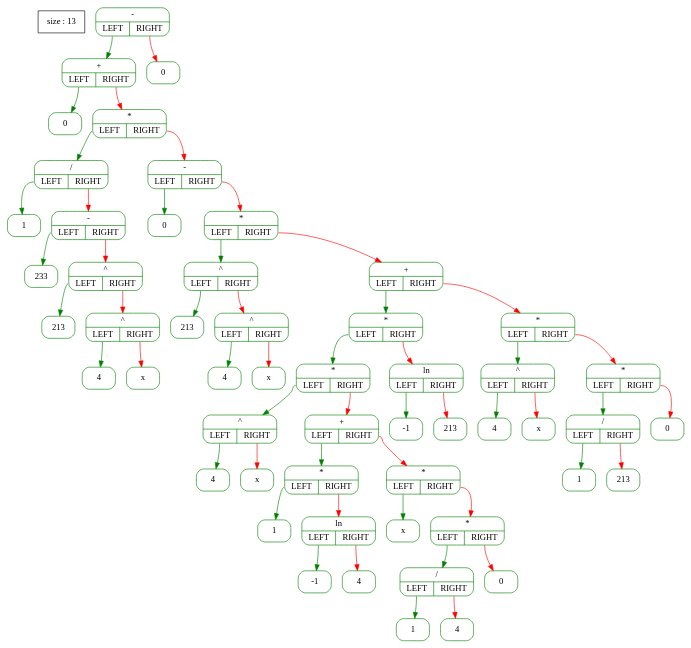
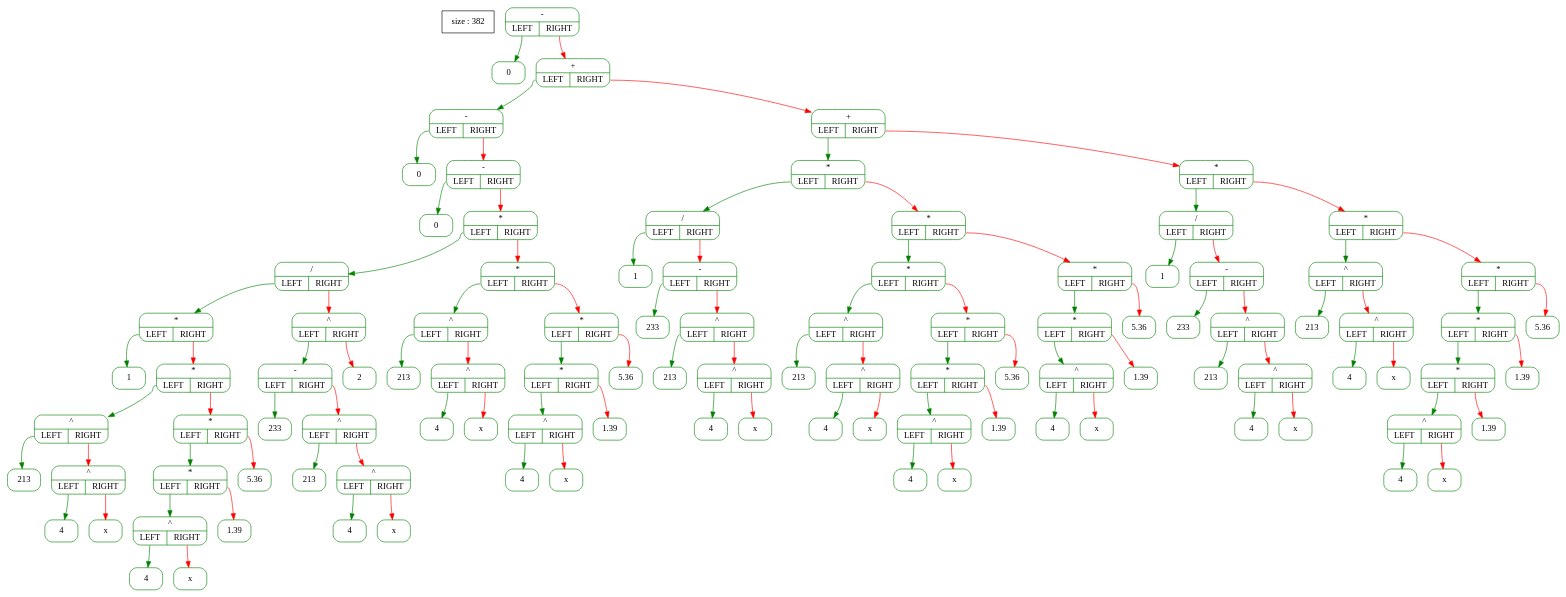
Before and after one commit to A-Elbereth-Gilthoniel/Differentiator: the diagram in files/Tree_graph3.dot, drawn with Graphviz. The commit also changed 45 other files, not shown here.

```diff
--- a/files/Tree_graph3.dot
+++ b/files/Tree_graph3.dot
@@ -1,110 +1,210 @@
 digraph G {                
-  tree [shape=box ; stryle=rounded ; label="size : 13"];                
+  tree [shape=box ; stryle=rounded ; label="size : 382"];                
   edge [color=black];                
   node [shape=record ; style=rounded ; color=green];
-14973848 [label="{-|{<YES>LEFT|<NO>RIGHT}}"];
-14974888 [label="{+|{<YES>LEFT|<NO>RIGHT}}"];
-14975288 [label="{0}"];
-14975008 [label="{*|{<YES>LEFT|<NO>RIGHT}}"];
-14975168 [label="{/|{<YES>LEFT|<NO>RIGHT}}"];
-14976264 [label="{1}"];
-14976904 [label="{-|{<YES>LEFT|<NO>RIGHT}}"];
-14976944 [label="{233}"];
-14976984 [label="{^|{<YES>LEFT|<NO>RIGHT}}"];
-14976664 [label="{213}"];
-14976224 [label="{^|{<YES>LEFT|<NO>RIGHT}}"];
-14976504 [label="{4}"];
-14976344 [label="{x}"];
-14976784 [label="{-|{<YES>LEFT|<NO>RIGHT}}"];
-14975784 [label="{0}"];
-14975824 [label="{*|{<YES>LEFT|<NO>RIGHT}}"];
-14976744 [label="{^|{<YES>LEFT|<NO>RIGHT}}"];
-14975984 [label="{213}"];
-14975864 [label="{^|{<YES>LEFT|<NO>RIGHT}}"];
-14976024 [label="{4}"];
-14976304 [label="{x}"];
-14977624 [label="{+|{<YES>LEFT|<NO>RIGHT}}"];
-14977384 [label="{*|{<YES>LEFT|<NO>RIGHT}}"];
-14977704 [label="{*|{<YES>LEFT|<NO>RIGHT}}"];
-14977504 [label="{^|{<YES>LEFT|<NO>RIGHT}}"];
-14977744 [label="{4}"];
-14977064 [label="{x}"];
-14978280 [label="{+|{<YES>LEFT|<NO>RIGHT}}"];
-14978520 [label="{*|{<YES>LEFT|<NO>RIGHT}}"];
-14978640 [label="{1}"];
-14977960 [label="{ln|{<YES>LEFT|<NO>RIGHT}}"];
-14978120 [label="{-1}"];
-14978560 [label="{4}"];
-14978680 [label="{*|{<YES>LEFT|<NO>RIGHT}}"];
-14978320 [label="{x}"];
-14978000 [label="{*|{<YES>LEFT|<NO>RIGHT}}"];
-14979080 [label="{/|{<YES>LEFT|<NO>RIGHT}}"];
-14978720 [label="{1}"];
-14978040 [label="{4}"];
-14978600 [label="{0}"];
-14977344 [label="{ln|{<YES>LEFT|<NO>RIGHT}}"];
-14977544 [label="{-1}"];
-14977304 [label="{213}"];
-14977424 [label="{*|{<YES>LEFT|<NO>RIGHT}}"];
-14978800 [label="{^|{<YES>LEFT|<NO>RIGHT}}"];
-14978160 [label="{4}"];
-14977840 [label="{x}"];
-14979000 [label="{*|{<YES>LEFT|<NO>RIGHT}}"];
-14978360 [label="{/|{<YES>LEFT|<NO>RIGHT}}"];
-14977920 [label="{1}"];
-14978400 [label="{213}"];
-14979040 [label="{0}"];
-14978200 [label="{0}"];
-14973848:<YES> -> 14974888 [color=green];
-14974888:<YES> -> 14975288 [color=green];
-14974888:<NO> -> 14975008 [color=red];
-14975008:<YES> -> 14975168 [color=green];
-14975168:<YES> -> 14976264 [color=green];
-14975168:<NO> -> 14976904 [color=red];
-14976904:<YES> -> 14976944 [color=green];
-14976904:<NO> -> 14976984 [color=red];
-14976984:<YES> -> 14976664 [color=green];
-14976984:<NO> -> 14976224 [color=red];
-14976224:<YES> -> 14976504 [color=green];
-14976224:<NO> -> 14976344 [color=red];
-14975008:<NO> -> 14976784 [color=red];
-14976784:<YES> -> 14975784 [color=green];
-14976784:<NO> -> 14975824 [color=red];
-14975824:<YES> -> 14976744 [color=green];
-14976744:<YES> -> 14975984 [color=green];
-14976744:<NO> -> 14975864 [color=red];
-14975864:<YES> -> 14976024 [color=green];
-14975864:<NO> -> 14976304 [color=red];
-14975824:<NO> -> 14977624 [color=red];
-14977624:<YES> -> 14977384 [color=green];
-14977384:<YES> -> 14977704 [color=green];
-14977704:<YES> -> 14977504 [color=green];
-14977504:<YES> -> 14977744 [color=green];
-14977504:<NO> -> 14977064 [color=red];
-14977704:<NO> -> 14978280 [color=red];
-14978280:<YES> -> 14978520 [color=green];
-14978520:<YES> -> 14978640 [color=green];
-14978520:<NO> -> 14977960 [color=red];
-14977960:<YES> -> 14978120 [color=green];
-14977960:<NO> -> 14978560 [color=red];
-14978280:<NO> -> 14978680 [color=red];
-14978680:<YES> -> 14978320 [color=green];
-14978680:<NO> -> 14978000 [color=red];
-14978000:<YES> -> 14979080 [color=green];
-14979080:<YES> -> 14978720 [color=green];
-14979080:<NO> -> 14978040 [color=red];
-14978000:<NO> -> 14978600 [color=red];
-14977384:<NO> -> 14977344 [color=red];
-14977344:<YES> -> 14977544 [color=green];
-14977344:<NO> -> 14977304 [color=red];
-14977624:<NO> -> 14977424 [color=red];
-14977424:<YES> -> 14978800 [color=green];
-14978800:<YES> -> 14978160 [color=green];
-14978800:<NO> -> 14977840 [color=red];
-14977424:<NO> -> 14979000 [color=red];
-14979000:<YES> -> 14978360 [color=green];
-14978360:<YES> -> 14977920 [color=green];
-14978360:<NO> -> 14978400 [color=red];
-14979000:<NO> -> 14979040 [color=red];
-14973848:<NO> -> 14978200 [color=red];
+14716728 [label="{-|{<YES>LEFT|<NO>RIGHT}}"];
+14625328 [label="{0}"];
+14709368 [label="{+|{<YES>LEFT|<NO>RIGHT}}"];
+14677744 [label="{-|{<YES>LEFT|<NO>RIGHT}}"];
+14659592 [label="{0}"];
+14675624 [label="{-|{<YES>LEFT|<NO>RIGHT}}"];
+14652152 [label="{0}"];
+14674104 [label="{*|{<YES>LEFT|<NO>RIGHT}}"];
+14671544 [label="{/|{<YES>LEFT|<NO>RIGHT}}"];
+14654232 [label="{*|{<YES>LEFT|<NO>RIGHT}}"];
+14651872 [label="{1}"];
+14653992 [label="{*|{<YES>LEFT|<NO>RIGHT}}"];
+14652472 [label="{^|{<YES>LEFT|<NO>RIGHT}}"];
+14651672 [label="{213}"];
+14651912 [label="{^|{<YES>LEFT|<NO>RIGHT}}"];
+14652192 [label="{4}"];
+14651592 [label="{x}"];
+14653872 [label="{*|{<YES>LEFT|<NO>RIGHT}}"];
+14653672 [label="{*|{<YES>LEFT|<NO>RIGHT}}"];
+14653472 [label="{^|{<YES>LEFT|<NO>RIGHT}}"];
+14653352 [label="{4}"];
+14653792 [label="{x}"];
+14653312 [label="{1.39}"];
+14654072 [label="{5.36}"];
+14670584 [label="{^|{<YES>LEFT|<NO>RIGHT}}"];
+14654552 [label="{-|{<YES>LEFT|<NO>RIGHT}}"];
+14655352 [label="{233}"];
+14655272 [label="{^|{<YES>LEFT|<NO>RIGHT}}"];
+14654672 [label="{213}"];
+14655232 [label="{^|{<YES>LEFT|<NO>RIGHT}}"];
+14654352 [label="{4}"];
+14654752 [label="{x}"];
+14670824 [label="{2}"];
+14673784 [label="{*|{<YES>LEFT|<NO>RIGHT}}"];
+14672384 [label="{^|{<YES>LEFT|<NO>RIGHT}}"];
+14673064 [label="{213}"];
+14672824 [label="{^|{<YES>LEFT|<NO>RIGHT}}"];
+14671824 [label="{4}"];
+14672464 [label="{x}"];
+14671984 [label="{*|{<YES>LEFT|<NO>RIGHT}}"];
+14671904 [label="{*|{<YES>LEFT|<NO>RIGHT}}"];
+14672304 [label="{^|{<YES>LEFT|<NO>RIGHT}}"];
+14672664 [label="{4}"];
+14672704 [label="{x}"];
+14672784 [label="{1.39}"];
+14671944 [label="{5.36}"];
+14706128 [label="{+|{<YES>LEFT|<NO>RIGHT}}"];
+14687376 [label="{*|{<YES>LEFT|<NO>RIGHT}}"];
+14700296 [label="{/|{<YES>LEFT|<NO>RIGHT}}"];
+14699096 [label="{1}"];
+14700456 [label="{-|{<YES>LEFT|<NO>RIGHT}}"];
+14699536 [label="{233}"];
+14698856 [label="{^|{<YES>LEFT|<NO>RIGHT}}"];
+14699576 [label="{213}"];
+14698776 [label="{^|{<YES>LEFT|<NO>RIGHT}}"];
+14699056 [label="{4}"];
+14698616 [label="{x}"];
+14686496 [label="{*|{<YES>LEFT|<NO>RIGHT}}"];
+14684576 [label="{*|{<YES>LEFT|<NO>RIGHT}}"];
+14684456 [label="{^|{<YES>LEFT|<NO>RIGHT}}"];
+14699896 [label="{213}"];
+14700056 [label="{^|{<YES>LEFT|<NO>RIGHT}}"];
+14699976 [label="{4}"];
+14700016 [label="{x}"];
+14685496 [label="{*|{<YES>LEFT|<NO>RIGHT}}"];
+14685056 [label="{*|{<YES>LEFT|<NO>RIGHT}}"];
+14685376 [label="{^|{<YES>LEFT|<NO>RIGHT}}"];
+14685456 [label="{4}"];
+14684896 [label="{x}"];
+14684936 [label="{1.39}"];
+14685256 [label="{5.36}"];
+14686856 [label="{*|{<YES>LEFT|<NO>RIGHT}}"];
+14686016 [label="{*|{<YES>LEFT|<NO>RIGHT}}"];
+14685856 [label="{^|{<YES>LEFT|<NO>RIGHT}}"];
+14685936 [label="{4}"];
+14686736 [label="{x}"];
+14685976 [label="{1.39}"];
+14686056 [label="{5.36}"];
+14706288 [label="{*|{<YES>LEFT|<NO>RIGHT}}"];
+14704488 [label="{/|{<YES>LEFT|<NO>RIGHT}}"];
+14703128 [label="{1}"];
+14702368 [label="{-|{<YES>LEFT|<NO>RIGHT}}"];
+14703168 [label="{233}"];
+14702208 [label="{^|{<YES>LEFT|<NO>RIGHT}}"];
+14702808 [label="{213}"];
+14702848 [label="{^|{<YES>LEFT|<NO>RIGHT}}"];
+14702328 [label="{4}"];
+14702528 [label="{x}"];
+14705168 [label="{*|{<YES>LEFT|<NO>RIGHT}}"];
+14703448 [label="{^|{<YES>LEFT|<NO>RIGHT}}"];
+14704248 [label="{213}"];
+14704408 [label="{^|{<YES>LEFT|<NO>RIGHT}}"];
+14704008 [label="{4}"];
+14703608 [label="{x}"];
+14704688 [label="{*|{<YES>LEFT|<NO>RIGHT}}"];
+14705008 [label="{*|{<YES>LEFT|<NO>RIGHT}}"];
+14703528 [label="{*|{<YES>LEFT|<NO>RIGHT}}"];
+14704368 [label="{^|{<YES>LEFT|<NO>RIGHT}}"];
+14704328 [label="{4}"];
+14703488 [label="{x}"];
+14704448 [label="{1.39}"];
+14705328 [label="{1.39}"];
+14705448 [label="{5.36}"];
+14716728:<YES> -> 14625328 [color=green];
+14716728:<NO> -> 14709368 [color=red];
+14709368:<YES> -> 14677744 [color=green];
+14677744:<YES> -> 14659592 [color=green];
+14677744:<NO> -> 14675624 [color=red];
+14675624:<YES> -> 14652152 [color=green];
+14675624:<NO> -> 14674104 [color=red];
+14674104:<YES> -> 14671544 [color=green];
+14671544:<YES> -> 14654232 [color=green];
+14654232:<YES> -> 14651872 [color=green];
+14654232:<NO> -> 14653992 [color=red];
+14653992:<YES> -> 14652472 [color=green];
+14652472:<YES> -> 14651672 [color=green];
+14652472:<NO> -> 14651912 [color=red];
+14651912:<YES> -> 14652192 [color=green];
+14651912:<NO> -> 14651592 [color=red];
+14653992:<NO> -> 14653872 [color=red];
+14653872:<YES> -> 14653672 [color=green];
+14653672:<YES> -> 14653472 [color=green];
+14653472:<YES> -> 14653352 [color=green];
+14653472:<NO> -> 14653792 [color=red];
+14653672:<NO> -> 14653312 [color=red];
+14653872:<NO> -> 14654072 [color=red];
+14671544:<NO> -> 14670584 [color=red];
+14670584:<YES> -> 14654552 [color=green];
+14654552:<YES> -> 14655352 [color=green];
+14654552:<NO> -> 14655272 [color=red];
+14655272:<YES> -> 14654672 [color=green];
+14655272:<NO> -> 14655232 [color=red];
+14655232:<YES> -> 14654352 [color=green];
+14655232:<NO> -> 14654752 [color=red];
+14670584:<NO> -> 14670824 [color=red];
+14674104:<NO> -> 14673784 [color=red];
+14673784:<YES> -> 14672384 [color=green];
+14672384:<YES> -> 14673064 [color=green];
+14672384:<NO> -> 14672824 [color=red];
+14672824:<YES> -> 14671824 [color=green];
+14672824:<NO> -> 14672464 [color=red];
+14673784:<NO> -> 14671984 [color=red];
+14671984:<YES> -> 14671904 [color=green];
+14671904:<YES> -> 14672304 [color=green];
+14672304:<YES> -> 14672664 [color=green];
+14672304:<NO> -> 14672704 [color=red];
+14671904:<NO> -> 14672784 [color=red];
+14671984:<NO> -> 14671944 [color=red];
+14709368:<NO> -> 14706128 [color=red];
+14706128:<YES> -> 14687376 [color=green];
+14687376:<YES> -> 14700296 [color=green];
+14700296:<YES> -> 14699096 [color=green];
+14700296:<NO> -> 14700456 [color=red];
+14700456:<YES> -> 14699536 [color=green];
+14700456:<NO> -> 14698856 [color=red];
+14698856:<YES> -> 14699576 [color=green];
+14698856:<NO> -> 14698776 [color=red];
+14698776:<YES> -> 14699056 [color=green];
+14698776:<NO> -> 14698616 [color=red];
+14687376:<NO> -> 14686496 [color=red];
+14686496:<YES> -> 14684576 [color=green];
+14684576:<YES> -> 14684456 [color=green];
+14684456:<YES> -> 14699896 [color=green];
+14684456:<NO> -> 14700056 [color=red];
+14700056:<YES> -> 14699976 [color=green];
+14700056:<NO> -> 14700016 [color=red];
+14684576:<NO> -> 14685496 [color=red];
+14685496:<YES> -> 14685056 [color=green];
+14685056:<YES> -> 14685376 [color=green];
+14685376:<YES> -> 14685456 [color=green];
+14685376:<NO> -> 14684896 [color=red];
+14685056:<NO> -> 14684936 [color=red];
+14685496:<NO> -> 14685256 [color=red];
+14686496:<NO> -> 14686856 [color=red];
+14686856:<YES> -> 14686016 [color=green];
+14686016:<YES> -> 14685856 [color=green];
+14685856:<YES> -> 14685936 [color=green];
+14685856:<NO> -> 14686736 [color=red];
+14686016:<NO> -> 14685976 [color=red];
+14686856:<NO> -> 14686056 [color=red];
+14706128:<NO> -> 14706288 [color=red];
+14706288:<YES> -> 14704488 [color=green];
+14704488:<YES> -> 14703128 [color=green];
+14704488:<NO> -> 14702368 [color=red];
+14702368:<YES> -> 14703168 [color=green];
+14702368:<NO> -> 14702208 [color=red];
+14702208:<YES> -> 14702808 [color=green];
+14702208:<NO> -> 14702848 [color=red];
+14702848:<YES> -> 14702328 [color=green];
+14702848:<NO> -> 14702528 [color=red];
+14706288:<NO> -> 14705168 [color=red];
+14705168:<YES> -> 14703448 [color=green];
+14703448:<YES> -> 14704248 [color=green];
+14703448:<NO> -> 14704408 [color=red];
+14704408:<YES> -> 14704008 [color=green];
+14704408:<NO> -> 14703608 [color=red];
+14705168:<NO> -> 14704688 [color=red];
+14704688:<YES> -> 14705008 [color=green];
+14705008:<YES> -> 14703528 [color=green];
+14703528:<YES> -> 14704368 [color=green];
+14704368:<YES> -> 14704328 [color=green];
+14704368:<NO> -> 14703488 [color=red];
+14703528:<NO> -> 14704448 [color=red];
+14705008:<NO> -> 14705328 [color=red];
+14704688:<NO> -> 14705448 [color=red];
 }
```
